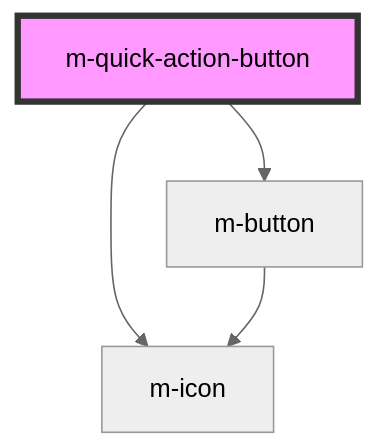
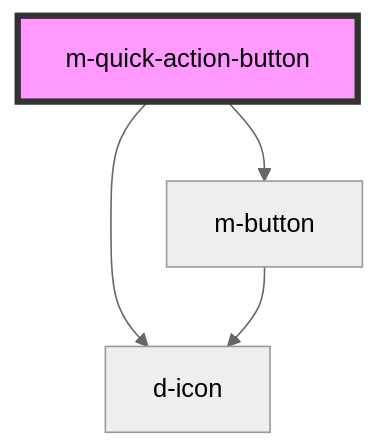
Before and after one commit to dynamic-framework/dynamic-ui: the diagram in libraries/dynamic-ui/src/components/m-quick-action-button/readme.md, drawn with Mermaid (neutral theme). The commit also changed other lines of this file and 54 other files, not shown here.

````diff
--- a/libraries/dynamic-ui/src/components/m-quick-action-button/readme.md
+++ b/libraries/dynamic-ui/src/components/m-quick-action-button/readme.md
@@ -44,7 +44,7 @@
 ```mermaid
 graph TD;
-  m-quick-action-button --> m-icon
+  m-quick-action-button --> d-icon
   m-quick-action-button --> m-button
-  m-button --> m-icon
+  m-button --> d-icon
   style m-quick-action-button fill:#f9f,stroke:#333,stroke-width:4px
 ```
````
